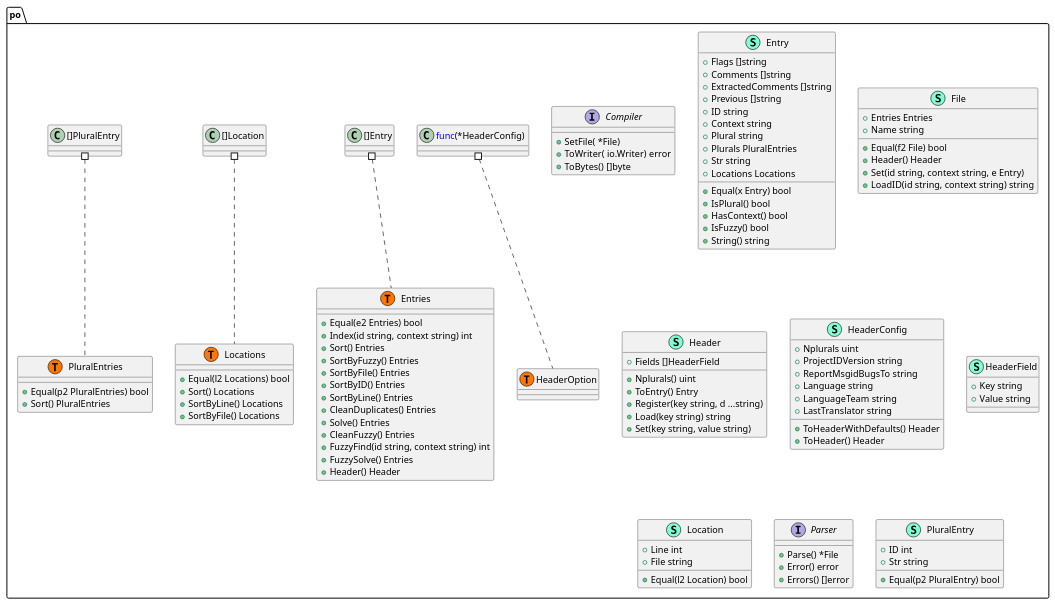
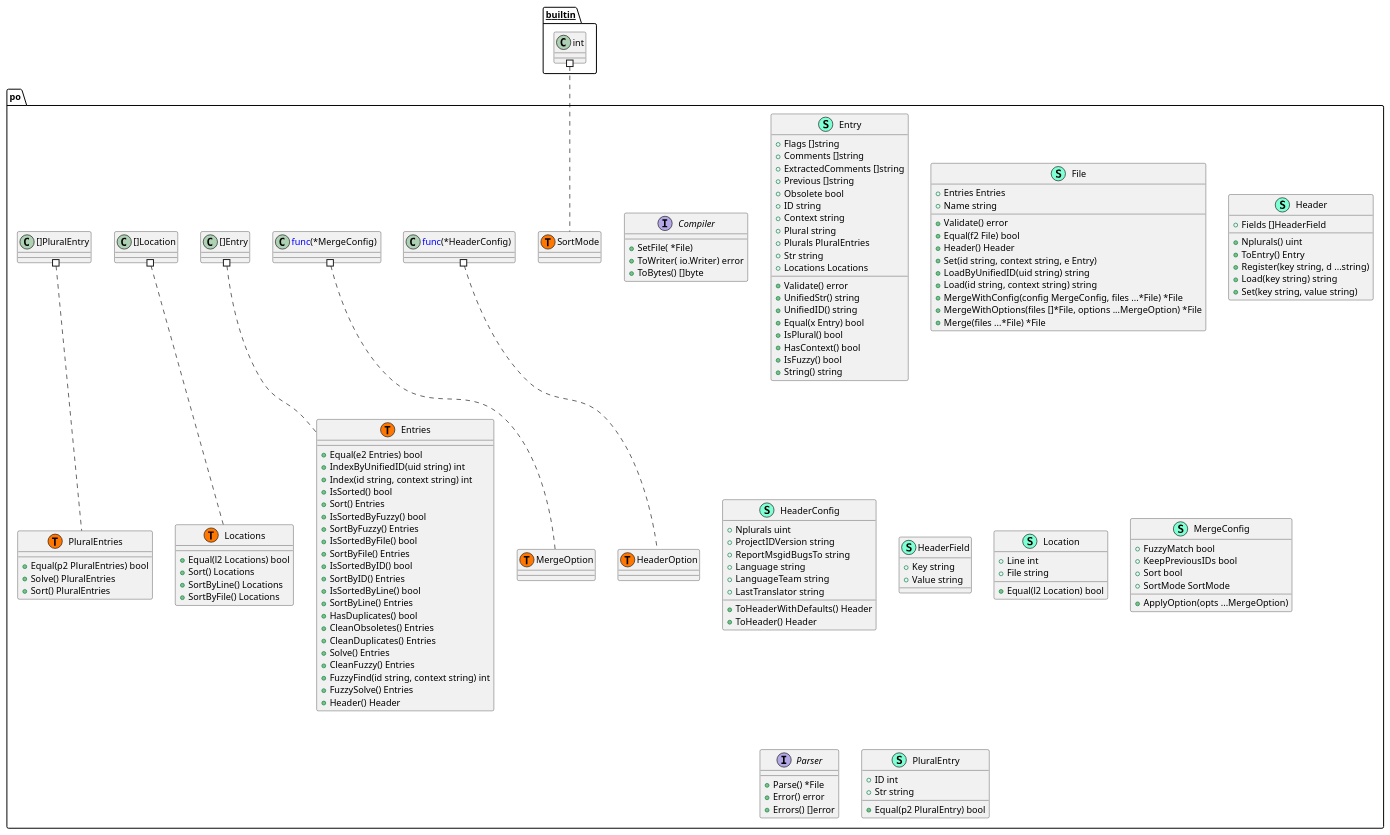
One commit to Tom5521/gotext-tools changed the diagram in pkg/po/structure.puml. Above: the diagram before and after it, drawn with PlantUML. The commit also changed 11 other files, not shown here.

```diff
--- a/pkg/po/structure.puml
+++ b/pkg/po/structure.puml
@@ -1,128 +1,161 @@
 @startuml
 namespace po {
     interface Compiler  {
         + SetFile( *File) 
         + ToWriter( io.Writer) error
         + ToBytes() []byte
 
     }
     class Entries << (S,Aquamarine) >> {
         + Equal(e2 Entries) bool
+        + IndexByUnifiedID(uid string) int
         + Index(id string, context string) int
+        + IsSorted() bool
         + Sort() Entries
+        + IsSortedByFuzzy() bool
         + SortByFuzzy() Entries
+        + IsSortedByFile() bool
         + SortByFile() Entries
+        + IsSortedByID() bool
         + SortByID() Entries
+        + IsSortedByLine() bool
         + SortByLine() Entries
+        + HasDuplicates() bool
+        + CleanObsoletes() Entries
         + CleanDuplicates() Entries
         + Solve() Entries
         + CleanFuzzy() Entries
         + FuzzyFind(id string, context string) int
         + FuzzySolve() Entries
         + Header() Header
 
     }
     class Entry << (S,Aquamarine) >> {
         + Flags []string
         + Comments []string
         + ExtractedComments []string
         + Previous []string
+        + Obsolete bool
         + ID string
         + Context string
         + Plural string
         + Plurals PluralEntries
         + Str string
         + Locations Locations
 
+        + Validate() error
+        + UnifiedStr() string
+        + UnifiedID() string
         + Equal(x Entry) bool
         + IsPlural() bool
         + HasContext() bool
         + IsFuzzy() bool
         + String() string
 
     }
     class File << (S,Aquamarine) >> {
         + Entries Entries
         + Name string
 
+        + Validate() error
         + Equal(f2 File) bool
         + Header() Header
         + Set(id string, context string, e Entry) 
-        + LoadID(id string, context string) string
+        + LoadByUnifiedID(uid string) string
+        + Load(id string, context string) string
+        + MergeWithConfig(config MergeConfig, files ...*File) *File
+        + MergeWithOptions(files []*File, options ...MergeOption) *File
+        + Merge(files ...*File) *File
 
     }
     class Header << (S,Aquamarine) >> {
         + Fields []HeaderField
 
         + Nplurals() uint
         + ToEntry() Entry
         + Register(key string, d ...string) 
         + Load(key string) string
         + Set(key string, value string) 
 
     }
     class HeaderConfig << (S,Aquamarine) >> {
         + Nplurals uint
         + ProjectIDVersion string
         + ReportMsgidBugsTo string
         + Language string
         + LanguageTeam string
         + LastTranslator string
 
         + ToHeaderWithDefaults() Header
         + ToHeader() Header
 
     }
     class HeaderField << (S,Aquamarine) >> {
         + Key string
         + Value string
 
     }
     class Location << (S,Aquamarine) >> {
         + Line int
         + File string
 
         + Equal(l2 Location) bool
 
     }
     class Locations << (S,Aquamarine) >> {
         + Equal(l2 Locations) bool
         + Sort() Locations
         + SortByLine() Locations
         + SortByFile() Locations
 
     }
+    class MergeConfig << (S,Aquamarine) >> {
+        + FuzzyMatch bool
+        + KeepPreviousIDs bool
+        + Sort bool
+        + SortMode SortMode
+
+        + ApplyOption(opts ...MergeOption) 
+
+    }
     interface Parser  {
         + Parse() *File
         + Error() error
         + Errors() []error
 
     }
     class PluralEntries << (S,Aquamarine) >> {
         + Equal(p2 PluralEntries) bool
+        + Solve() PluralEntries
         + Sort() PluralEntries
 
     }
     class PluralEntry << (S,Aquamarine) >> {
         + ID int
         + Str string
 
         + Equal(p2 PluralEntry) bool
 
     }
     class po.Entries << (T, #FF7700) >>  {
     }
     class po.HeaderOption << (T, #FF7700) >>  {
     }
     class po.Locations << (T, #FF7700) >>  {
     }
+    class po.MergeOption << (T, #FF7700) >>  {
+    }
     class po.PluralEntries << (T, #FF7700) >>  {
+    }
+    class po.SortMode << (T, #FF7700) >>  {
     }
 }
 
 
+"__builtin__.int" #.. "po.SortMode"
 "po.<font color=blue>func</font>(*HeaderConfig) " #.. "po.HeaderOption"
+"po.<font color=blue>func</font>(*MergeConfig) " #.. "po.MergeOption"
 "po.[]Entry" #.. "po.Entries"
 "po.[]Location" #.. "po.Locations"
 "po.[]PluralEntry" #.. "po.PluralEntries"
 @enduml
```
